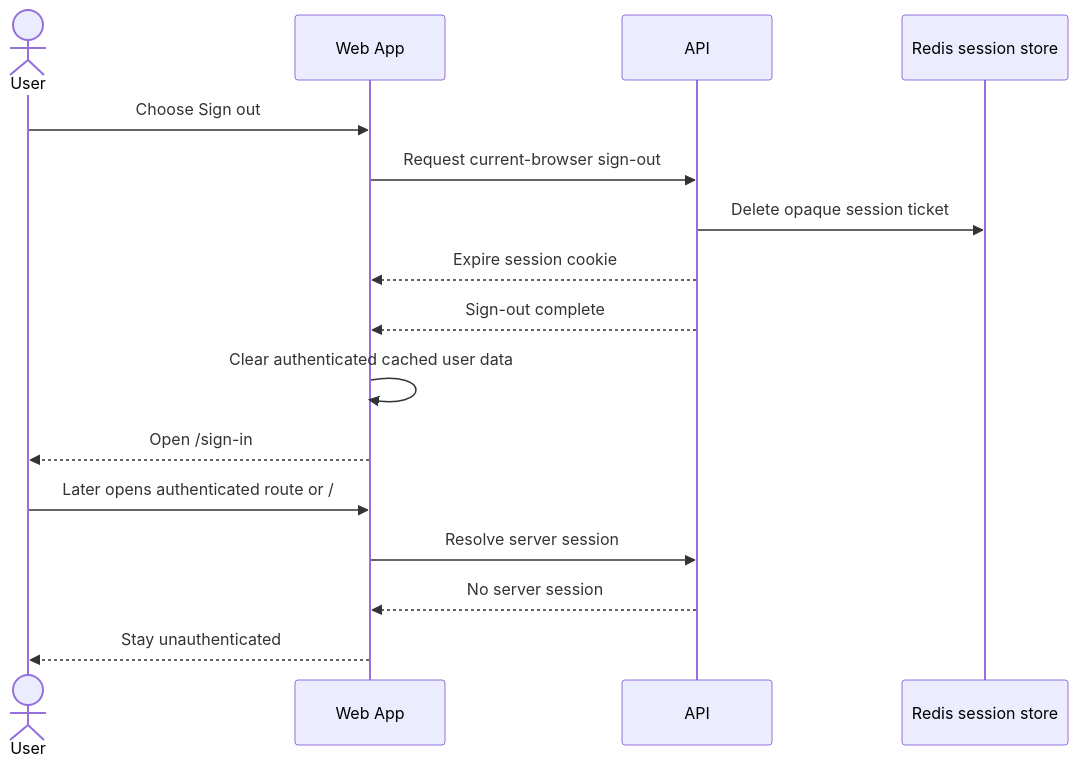
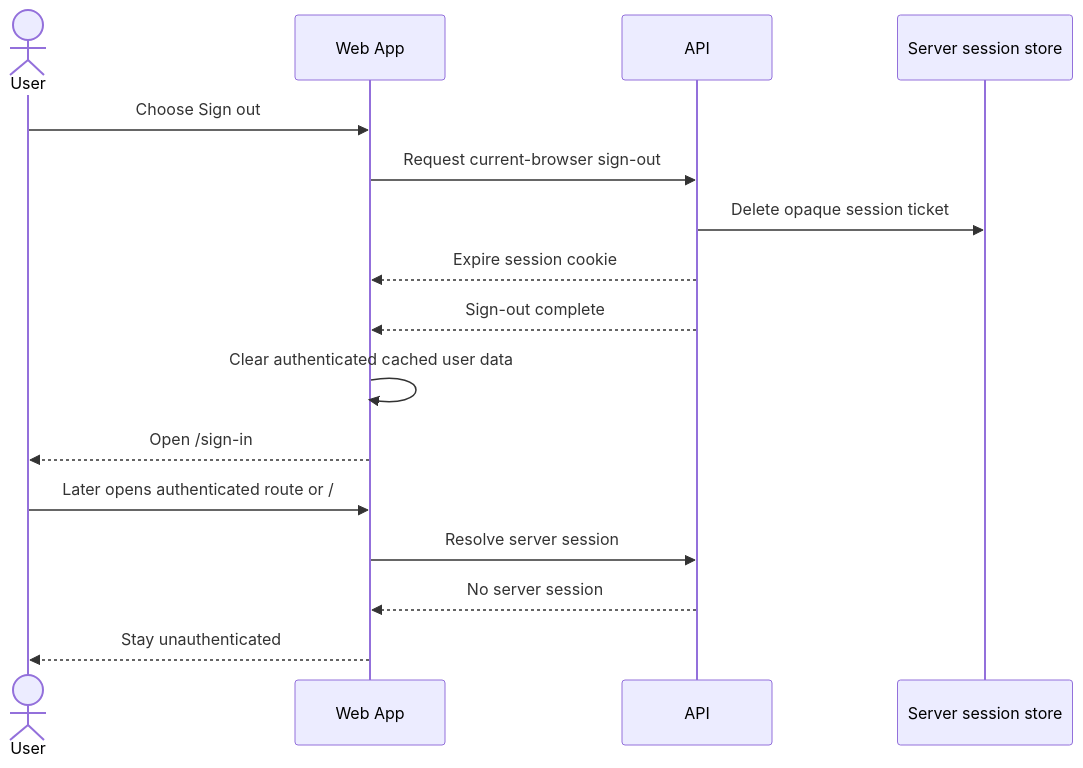
Before and after one commit to phuongnse/axis: the diagram in docs/use-cases/identity-access/sign-out-user.md, drawn with Mermaid. The commit also changed other lines of this file and 47 other files, not shown here.

````diff
--- a/docs/use-cases/identity-access/sign-out-user.md
+++ b/docs/use-cases/identity-access/sign-out-user.md
@@ -87,20 +99,20 @@
 ```mermaid
 sequenceDiagram
   actor User
   participant Web as Web App
   participant API as API
-  participant Session as Redis session store
+  participant Session as Server session store
 
   User->>Web: Choose Sign out
   Web->>API: Request current-browser sign-out
   API->>Session: Delete opaque session ticket
   API-->>Web: Expire session cookie
   API-->>Web: Sign-out complete
   Web->>Web: Clear authenticated cached user data
   Web-->>User: Open /sign-in
 
   User->>Web: Later opens authenticated route or /
   Web->>API: Resolve server session
   API-->>Web: No server session
   Web-->>User: Stay unauthenticated
 ```
````
